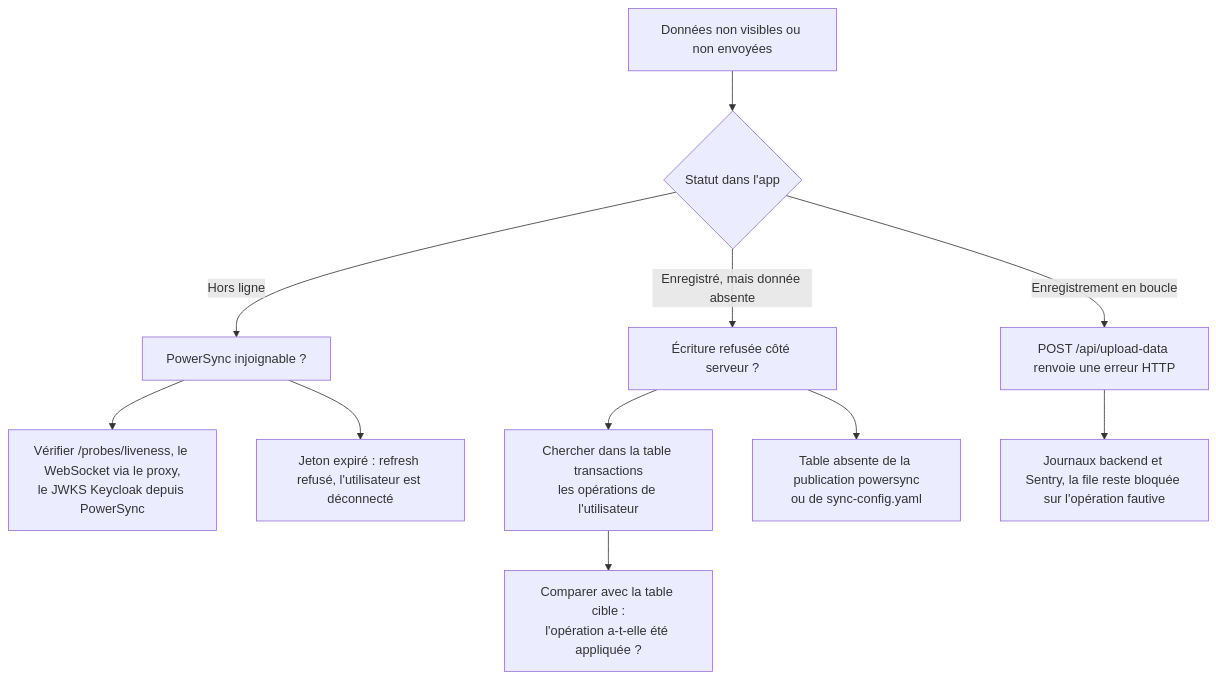
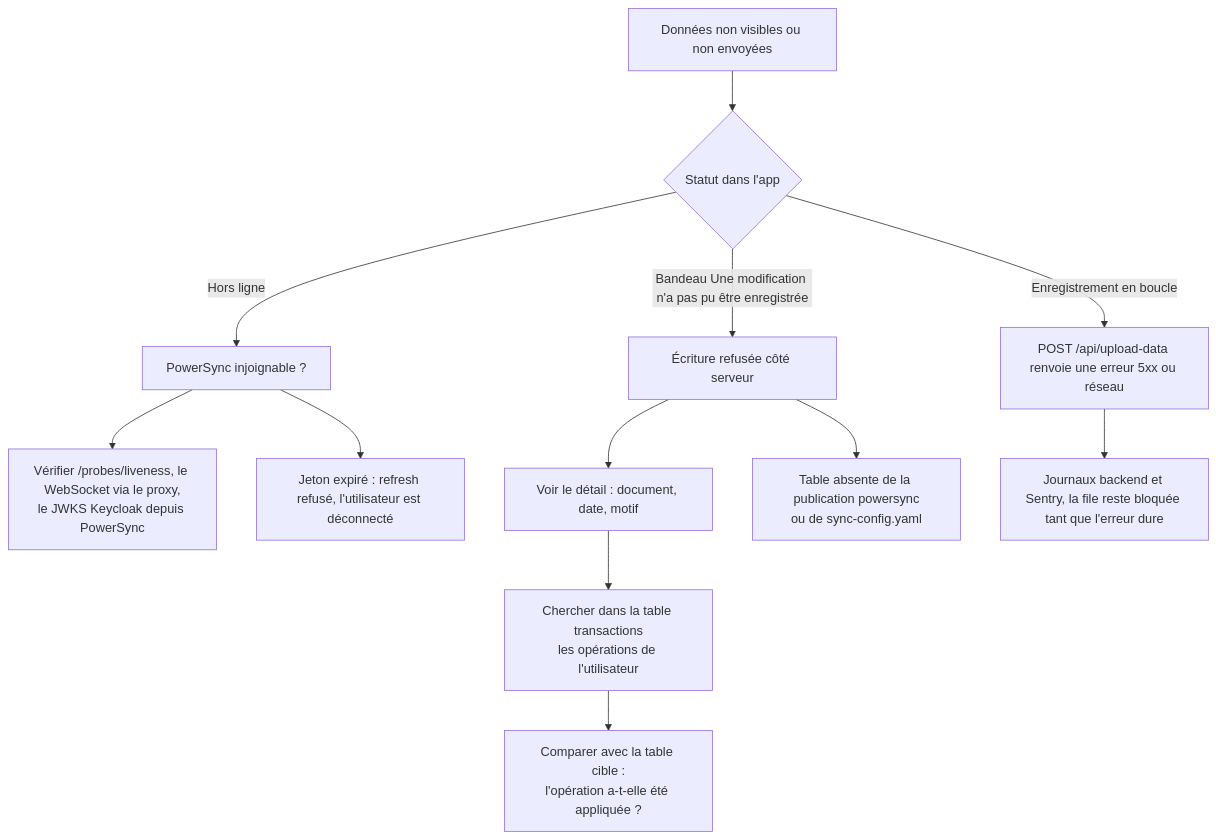
The third of 4 diagrams in docs/12-exploitation-et-supervision.md (betagouv/patrinotes), drawn with Mermaid before and after one commit. The commit also changed other lines of this file and 18 other files, not shown here.

````diff
--- a/docs/12-exploitation-et-supervision.md
+++ b/docs/12-exploitation-et-supervision.md
@@ -623,13 +654,14 @@
 ```mermaid
 flowchart TD
     A[Données non visibles ou non envoyées] --> B{Statut dans l'app}
     B -->|Hors ligne| C[PowerSync injoignable ?]
     C --> C1[Vérifier /probes/liveness, le WebSocket via le proxy,<br/>le JWKS Keycloak depuis PowerSync]
     C --> C2[Jeton expiré : refresh refusé, l'utilisateur est déconnecté]
-    B -->|Enregistré, mais donnée absente| D[Écriture refusée côté serveur ?]
-    D --> D1[Chercher dans la table transactions<br/>les opérations de l'utilisateur]
+    B -->|Bandeau Une modification n'a pas pu être enregistrée| D[Écriture refusée côté serveur]
+    D --> D0[Voir le détail : document, date, motif]
+    D0 --> D1[Chercher dans la table transactions<br/>les opérations de l'utilisateur]
     D1 --> D2[Comparer avec la table cible :<br/>l'opération a-t-elle été appliquée ?]
-    B -->|Enregistrement en boucle| E[POST /api/upload-data renvoie une erreur HTTP]
-    E --> E1[Journaux backend et Sentry, la file reste bloquée sur l'opération fautive]
+    B -->|Enregistrement en boucle| E[POST /api/upload-data renvoie une erreur 5xx ou réseau]
+    E --> E1[Journaux backend et Sentry, la file reste bloquée tant que l'erreur dure]
     D --> F[Table absente de la publication powersync<br/>ou de sync-config.yaml]
 ```
````
